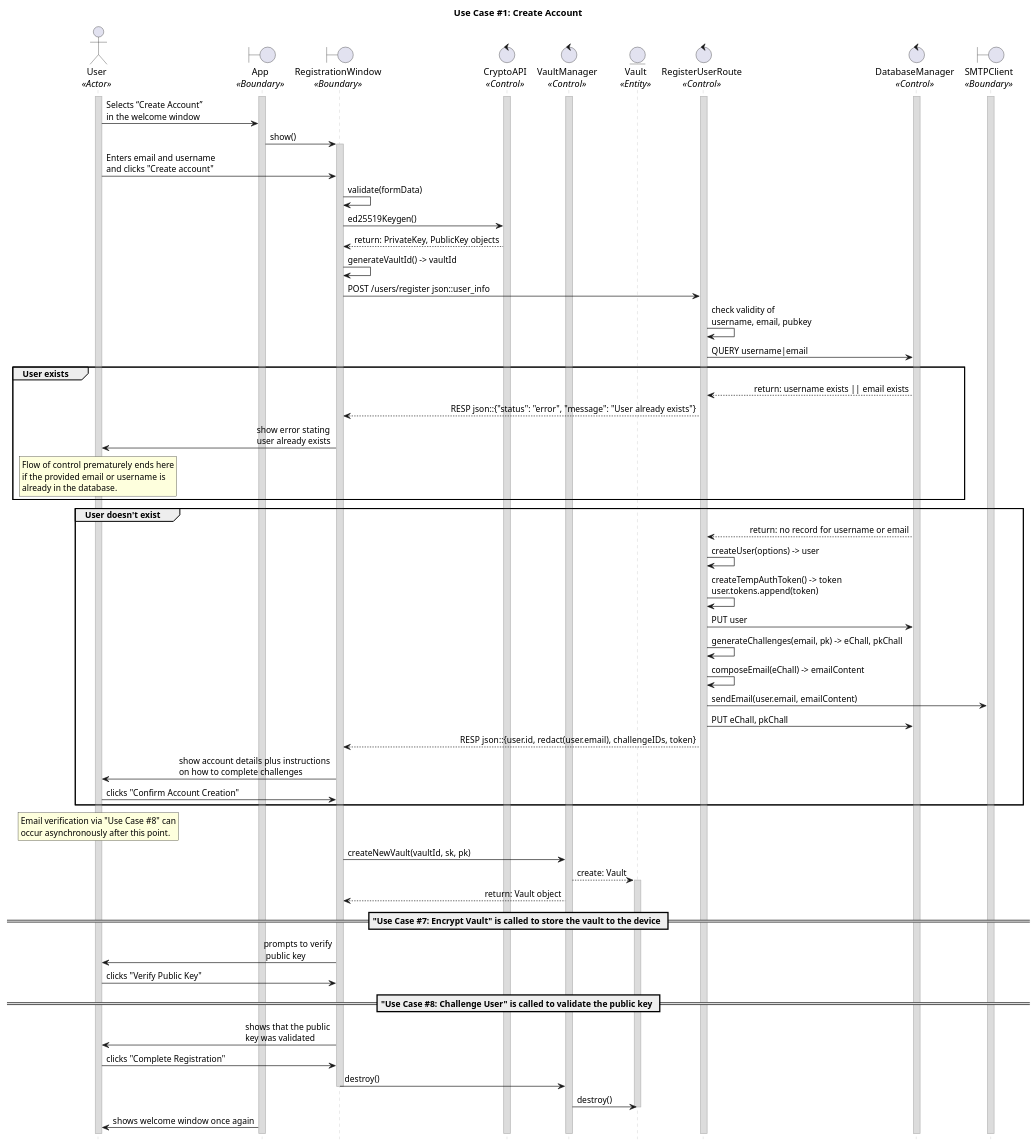
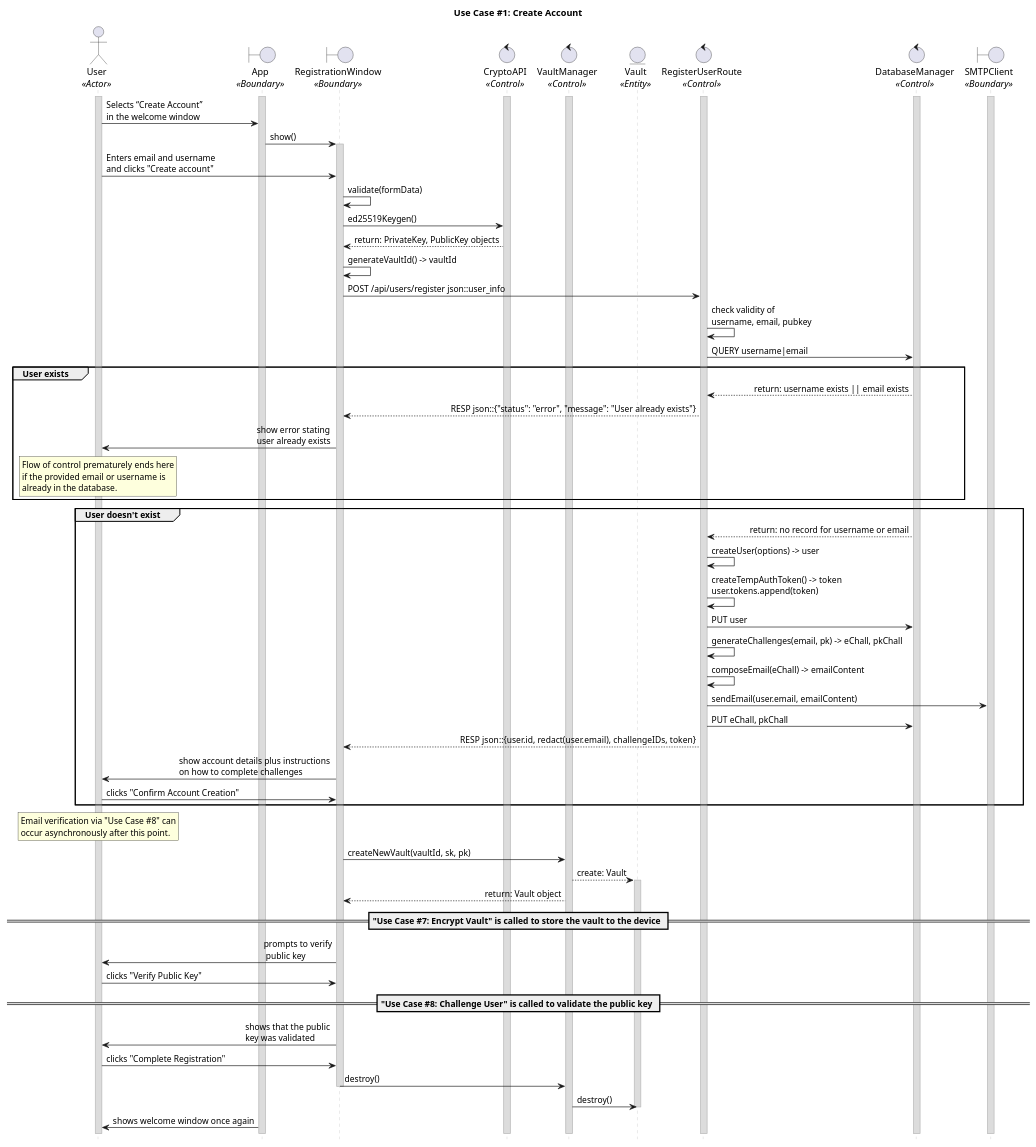
One commit to CECS-491-SP24-Group-1/seq-diagrams changed the diagram in uc_01.puml. Above: the diagram before and after it, drawn with PlantUML.

Commit message:
Update registration route

```diff
--- a/uc_01.puml
+++ b/uc_01.puml
@@ -1,119 +1,119 @@
 @startuml uc01
 title "Use Case #1: Create Account"
 
 
 'Styling goes here
 hide footbox
 skinparam stereotypePosition bottom
 skinparam sequenceMessageAlign direction
 skinparam sequence {
 	LifeLineBorderColor #Silver
 	LifeLineBackgroundColor #Gainsboro
 }
 
 'Setup the objects involved here
 actor User as u <<Actor>>
 boundary App as a <<Boundary>>
 boundary RegistrationWindow as rw <<Boundary>>
 control CryptoAPI as ca <<Control>>
 control VaultManager as vm <<Control>>
 entity Vault as v <<Entity>>
 control RegisterUserRoute as rur <<Control>>
 control DatabaseManager as db <<Control>>
 boundary SMTPClient as sc <<Boundary>>
 
 'Setup persistent objects here
 activate u 
 activate a
 activate ca
 activate vm
 activate rur
 activate db
 activate sc
 
 '--- FLOW OF CONTROL STARTS HERE ---
 'User selects “Create Account” on the front page.
 u -> a: Selects “Create Account” \nin the welcome window
 
 'System shows a form to create the account.
 a -> rw: show()
 activate rw
 
 'User enters email address, username. User clicks “Create Account” button.
 u -> rw: Enters email and username \nand clicks "Create account"
 rw -> rw: validate(formData)
 
 'User’s device generates a UUID for the user and vault, timestamp, crypto key pair, and an identifier for the vault.
 rw -> ca: ed25519Keygen()
 ca --> rw: return: PrivateKey, PublicKey objects
 rw -> rw: generateVaultId() -> vaultId
 
 'User’s device sends the UUID of the user, timestamp, and generated public key to the server. The private key stays on the device for security reasons (CRITICAL).
-rw -> rur: POST /users/register json::user_info
+rw -> rur: POST /api/users/register json::user_info
 
 'Server checks if the account already exists
 rur -> rur: check validity of \nusername, email, pubkey
 rur -> db: QUERY username|email
 
 group User exists
 	db --> rur: return: username exists || email exists
 	rur --> rw: RESP json::{"status": "error", "message": "User already exists"}
 	rw -> u: show error stating \nuser already exists
 	rnote over u
 	Flow of control prematurely ends here
 	if the provided email or username is
 	already in the database.
 	endrnote
 end
 
 group User doesn't exist
 	'Server creates the user and issues a temporary access token
 	db --> rur: return: no record for username or email
 	rur -> rur: createUser(options) -> user
 	rur -> rur: createTempAuthToken() -> token \nuser.tokens.append(token)
 	rur -> db: PUT user
 	rur -> rur: generateChallenges(email, pk) -> eChall, pkChall
 
 	'Server sends an email to the user to confirm creation of the account.
 	rur -> rur: composeEmail(eChall) -> emailContent
 	rur -> sc: sendEmail(user.email, emailContent)
 	rur -> db: PUT eChall, pkChall
 
 	'Server sends the response back and it's confirmed.
 	rur --> rw: RESP json::{user.id, redact(user.email), challengeIDs, token}
 	rw -> u: show account details plus instructions \non how to complete challenges
 	u -> rw: clicks "Confirm Account Creation"
 end
 
 rnote over u
 Email verification via "Use Case #8" can
 occur asynchronously after this point.
 endrnote
 
 'User’s device creates a vault with the details provided by the user and the data that was generated.
 rw -> vm: createNewVault(vaultId, sk, pk)
 vm --> v: create: Vault
 activate v
 vm --> rw: return: Vault object
 
 == "Use Case #7: Encrypt Vault" is called to store the vault to the device ==
 
 'User begins the challenge process
 rw -> u: prompts to verify\n public key
 u -> rw: clicks "Verify Public Key"
 
 == "Use Case #8: Challenge User" is called to validate the public key ==
 
 'In-app challenges are completed
 rw -> u: shows that the public \nkey was validated
 u -> rw: clicks "Complete Registration"
 rw -> vm: destroy()
 deactivate rw
 vm -> v: destroy()
 deactivate v
 
 'Cleanup
 a -> u: shows welcome window once again
 '--- FLOW OF CONTROL ENDS HERE   ---
 
 @enduml
```
